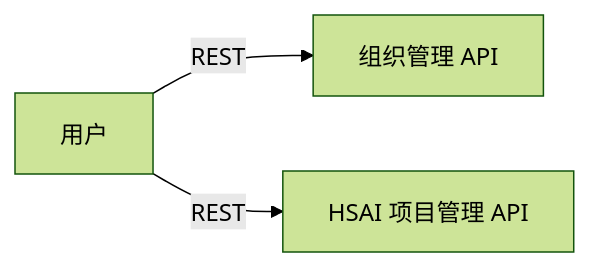
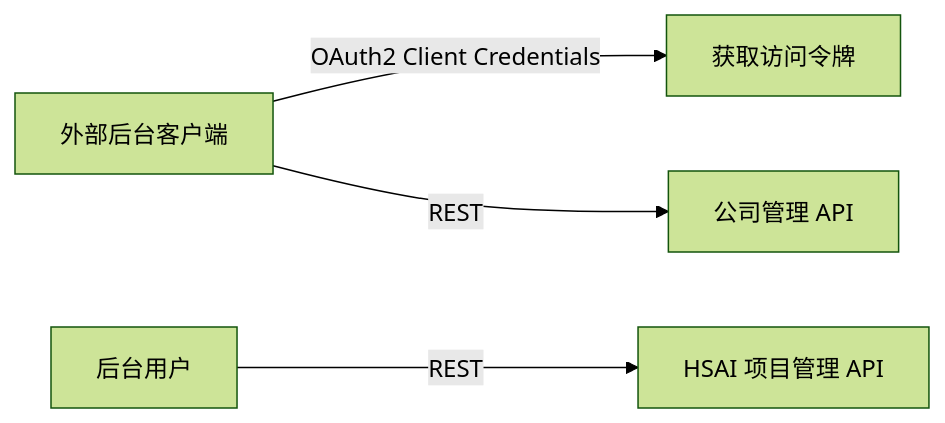
The eighth of 8 diagrams in PROJECTWIKI.md (Cokefish9527/open-webui), drawn with Mermaid (forest theme) before and after one commit. The commit also changed other lines of this file and 25 other files, not shown here.

````diff
--- a/PROJECTWIKI.md
+++ b/PROJECTWIKI.md
@@ -419,5 +421,6 @@
 ```mermaid
 flowchart LR
-  U[用户] -->|REST| ORG[组织管理 API]
-  U -->|REST| PROJ[HSAI 项目管理 API]
+  ADMIN[外部后台客户端] -->|OAuth2 Client Credentials| TOKEN[获取访问令牌]
+  ADMIN -->|REST| COMPANY[公司管理 API]
+  USER[后台用户] -->|REST| PROJ[HSAI 项目管理 API]
 ```
````
